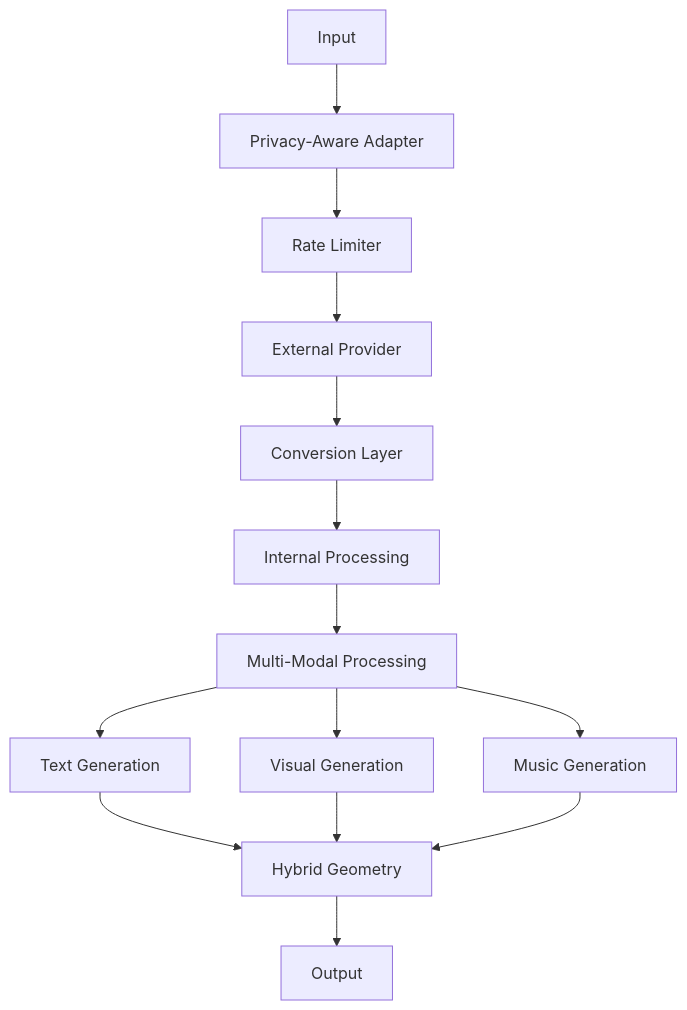
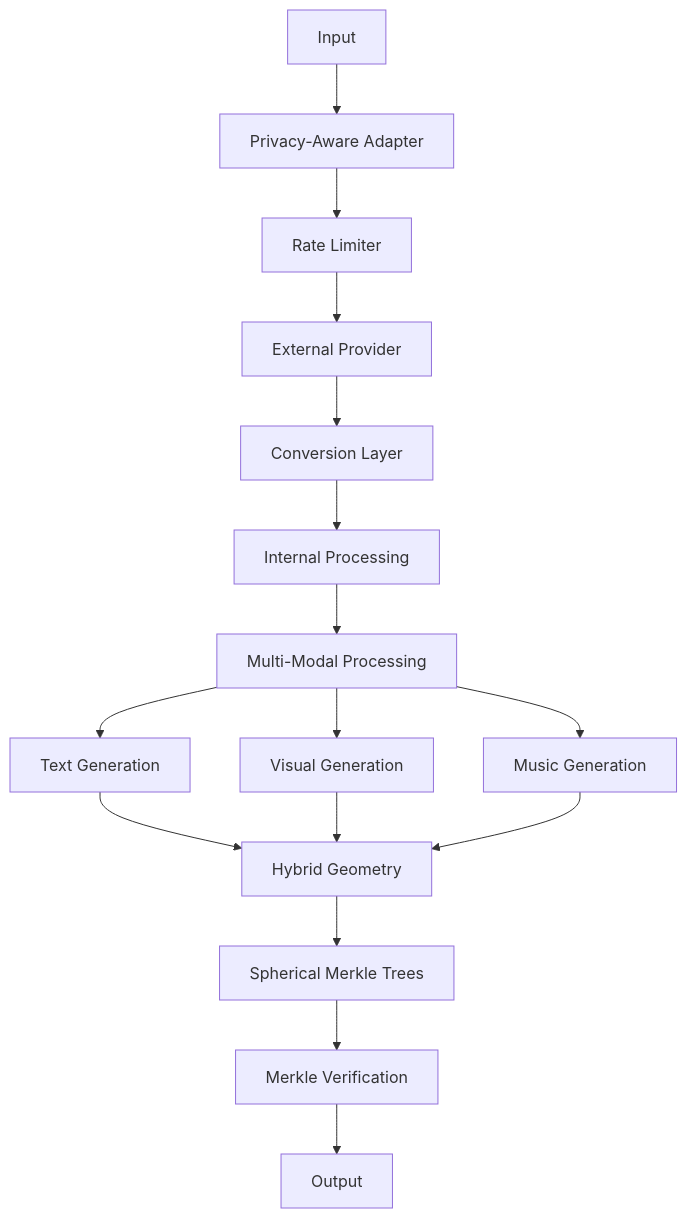
One commit to heavyblotto/memorativa changed the first of 2 diagrams in docs/3. the machine system/memorativa-3-8-enhanced-llm-integration.md. Above: the diagram before and after it, drawn with Mermaid. The commit also changed other lines of this file and 71 other files, not shown here.

````diff
--- a/docs/3. the machine system/memorativa-3-8-enhanced-llm-integration.md
+++ b/docs/3. the machine system/memorativa-3-8-enhanced-llm-integration.md
@@ -15,19 +15,21 @@
 ```mermaid
 graph TD
     I[Input] --> PA[Privacy-Aware Adapter]
     PA --> RL[Rate Limiter]
     RL --> EP[External Provider]
     EP --> CL[Conversion Layer]
     CL --> IP[Internal Processing]
     
     IP --> MM[Multi-Modal Processing]
     MM --> T[Text Generation]
     MM --> V[Visual Generation]
     MM --> M[Music Generation]
     
     T --> HG[Hybrid Geometry]
     V --> HG
     M --> HG
     
-    HG --> O[Output]
+    HG --> SMT[Spherical Merkle Trees]
+    SMT --> MV[Merkle Verification]
+    MV --> O[Output]
 ```
````
